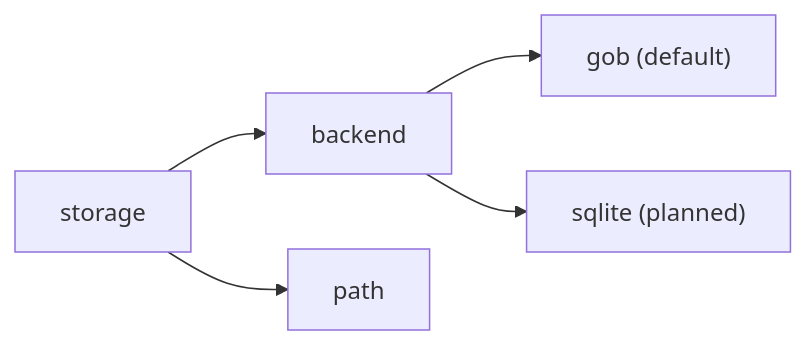
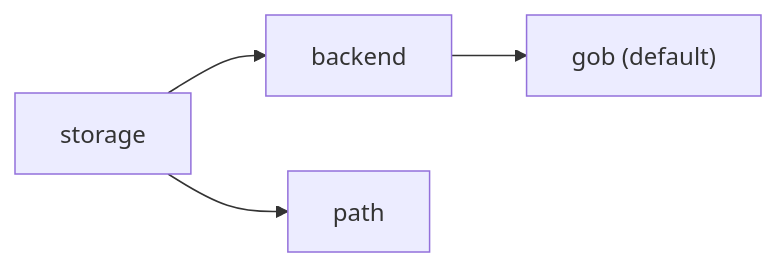
The first of 9 diagrams in docs/guides/configuration.md (fmatsos/cortex), drawn with Mermaid before and after one commit. The commit also changed other lines of this file and 11 other files, not shown here.

````diff
--- a/docs/guides/configuration.md
+++ b/docs/guides/configuration.md
@@ -74,9 +76,8 @@
 ```mermaid
 graph LR
     Storage["storage"]
     Storage --> Backend["backend"]
     Storage --> Path["path"]
 
     Backend --> Gob["gob (default)"]
-    Backend --> SQLite["sqlite (planned)"]
 ```
````
